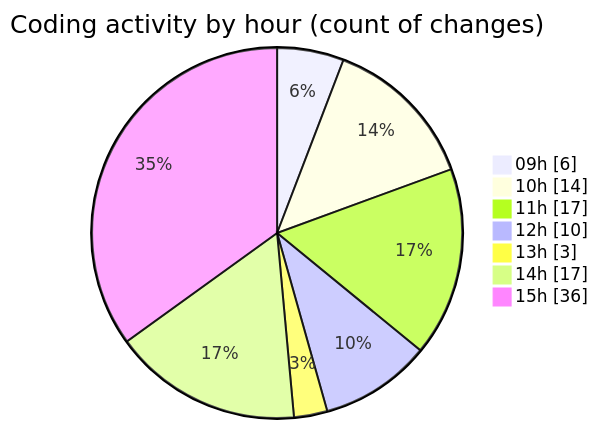
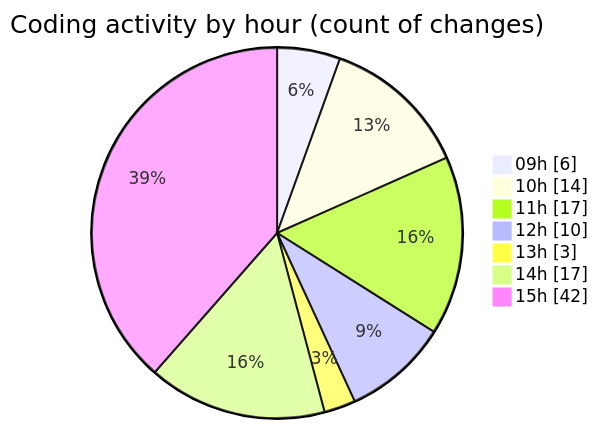
One commit to momahboobian/code-tracking changed the second of 2 diagrams in 2026-02-11/cda/README.md. Above: the diagram before and after it, drawn with Mermaid. The commit also changed other lines of this file and 1 other file, not shown here.

````diff
--- a/2026-02-11/cda/README.md
+++ b/2026-02-11/cda/README.md
@@ -35,11 +35,11 @@
 ```mermaid
 pie showData
 title Coding activity by hour (count of changes)
 "09h" : 6
 "10h" : 14
 "11h" : 17
 "12h" : 10
 "13h" : 3
 "14h" : 17
-"15h" : 36
+"15h" : 42
 ```
````
